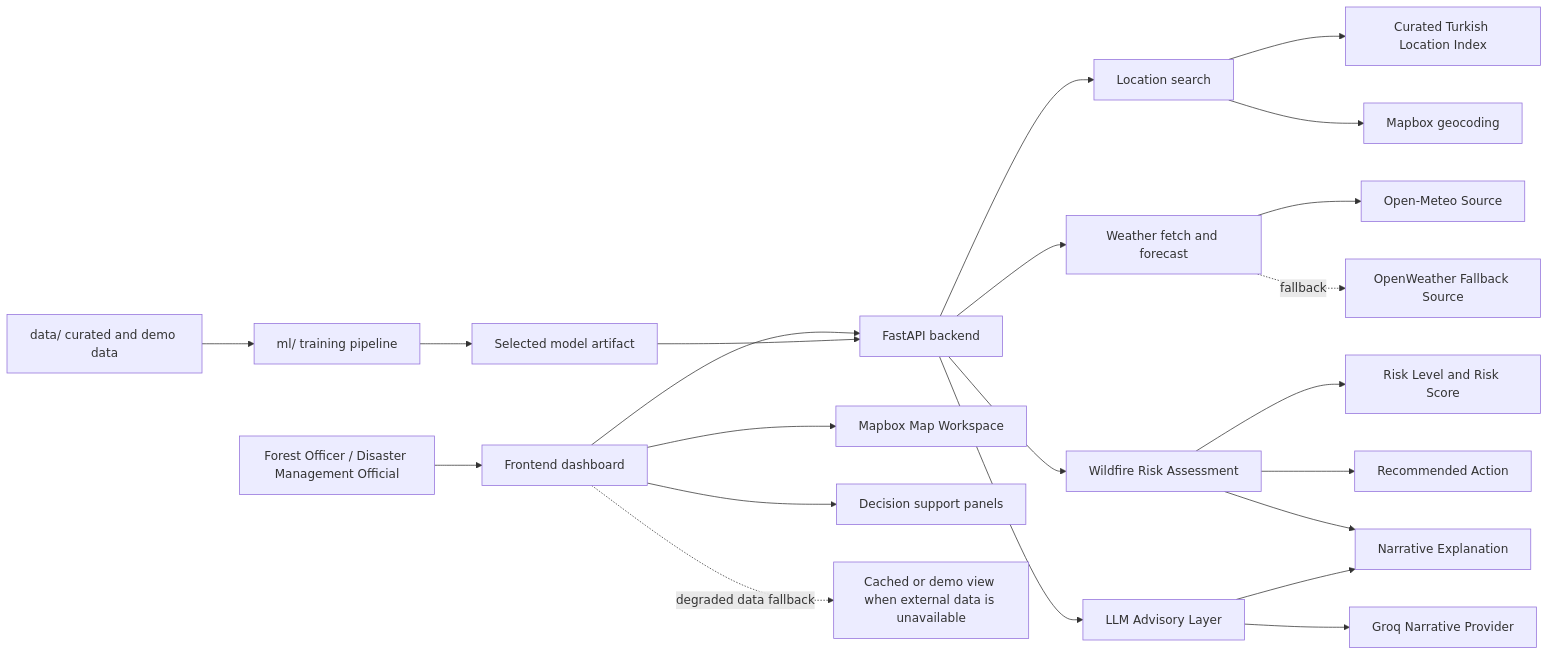
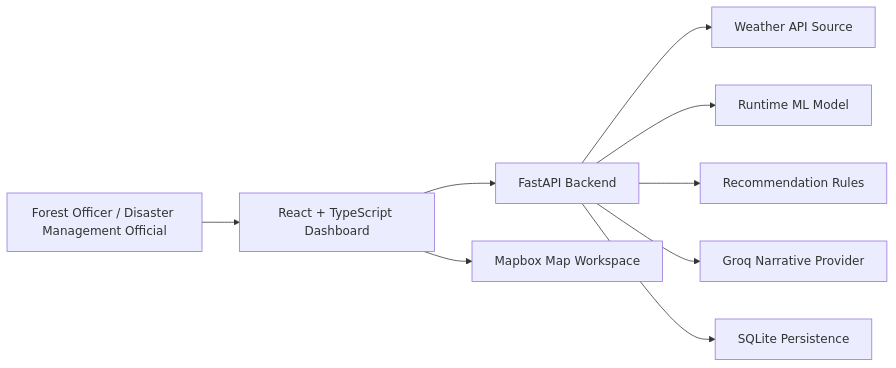
The diagram in README.md (hamza-dev17/firewatch), drawn with Mermaid before and after one commit. The commit also changed other lines of this file and 14 other files, not shown here.

````diff
--- a/README.md
+++ b/README.md
@@ -16,31 +35,21 @@
 ```mermaid
 flowchart LR
-    U["Forest Officer / Disaster Management Official"] --> F["Frontend dashboard"]
-    F --> S["FastAPI backend"]
+    U["Forest Officer / Disaster Management Official"]
+    F["React + TypeScript Dashboard"]
+    A["FastAPI Backend"]
+    W["Weather API Source"]
+    M["Runtime ML Model"]
+    R["Recommendation Rules"]
+    G["Groq Narrative Provider"]
+    D["SQLite Persistence"]
+    B["Mapbox Map Workspace"]
 
-    F --> M["Mapbox Map Workspace"]
-    F --> D["Decision support panels"]
-
-    S --> L["Location search"]
-    L --> C["Curated Turkish Location Index"]
-    L --> G["Mapbox geocoding"]
-
-    S --> W["Weather fetch and forecast"]
-    W --> O["Open-Meteo Source"]
-    W -. fallback .-> OW["OpenWeather Fallback Source"]
-
-    S --> A["Wildfire Risk Assessment"]
-    A --> R["Risk Level and Risk Score"]
-    A --> P["Recommended Action"]
-    A --> N["Narrative Explanation"]
-
-    S --> X["LLM Advisory Layer"]
-    X --> Q["Groq Narrative Provider"]
-    X --> N
-
-    T["ml/ training pipeline"] --> V["Selected model artifact"]
-    R0["data/ curated and demo data"] --> T
-    V --> S
-
-    F -. "degraded data fallback" .-> Z["Cached or demo view when external data is unavailable"]
+    U --> F
+    F --> B
+    F --> A
+    A --> W
+    A --> M
+    A --> R
+    A --> G
+    A --> D
 ```
````
